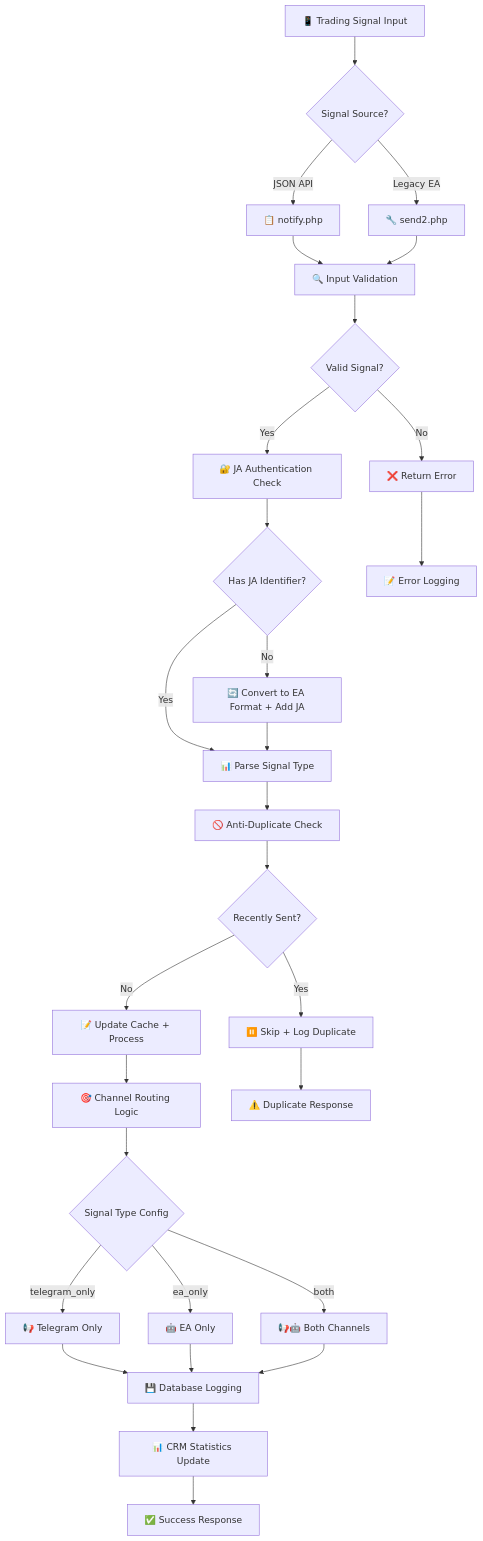
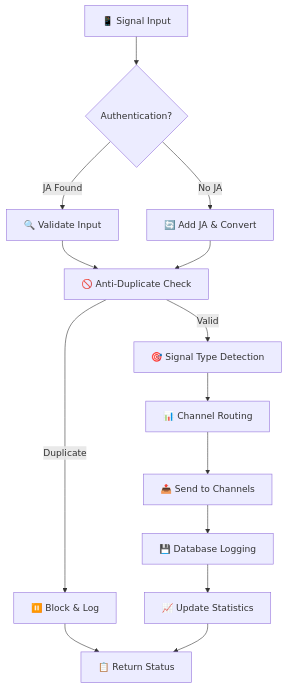
One commit to siamcafe/icafe-forex-signal changed the diagram in README.md. Above: the diagram before and after it, drawn with Mermaid. The commit also changed other lines of this file, not shown here.

````diff
--- a/README.md
+++ b/README.md
@@ -111,39 +96,16 @@
 ```mermaid
 graph TD
-    A[📱 Trading Signal Input] --> B{Signal Source?}
-    B -->|JSON API| C[📋 notify.php]
-    B -->|Legacy EA| D[🔧 send2.php]
-    
-    C --> E[🔍 Input Validation]
+    A[📱 Signal Input] --> B{Authentication?}
+    B -->|JA Found| C[🔍 Validate Input]
+    B -->|No JA| D[🔄 Add JA & Convert]
+    C --> E[🚫 Anti-Duplicate Check]
     D --> E
-    
-    E --> F{Valid Signal?}
-    F -->|No| G[❌ Return Error]
-    F -->|Yes| H[🔐 JA Authentication Check]
-    
-    H --> I{Has JA Identifier?}
-    I -->|No| J[🔄 Convert to EA Format + Add JA]
-    I -->|Yes| K[📊 Parse Signal Type]
-    J --> K
-    
-    K --> L[🚫 Anti-Duplicate Check]
-    L --> M{Recently Sent?}
-    M -->|Yes| N[⏸️ Skip + Log Duplicate]
-    M -->|No| O[📝 Update Cache + Process]
-    
-    O --> P[🎯 Channel Routing Logic]
-    P --> Q{Signal Type Config}
-    Q -->|telegram_only| R[📢 Telegram Only]
-    Q -->|ea_only| S[🤖 EA Only]
-    Q -->|both| T[📢🤖 Both Channels]
-    
-    R --> U[💾 Database Logging]
-    S --> U
-    T --> U
-    
-    U --> V[📊 CRM Statistics Update]
-    V --> W[✅ Success Response]
-    
-    N --> X[⚠️ Duplicate Response]
-    G --> Y[📝 Error Logging]
+    E -->|Duplicate| F[⏸️ Block & Log]
+    E -->|Valid| G[🎯 Signal Type Detection]
+    G --> H[📊 Channel Routing]
+    H --> I[📤 Send to Channels]
+    I --> J[💾 Database Logging]
+    J --> K[📈 Update Statistics]
+    F --> L[📋 Return Status]
+    K --> L
 ```
````
